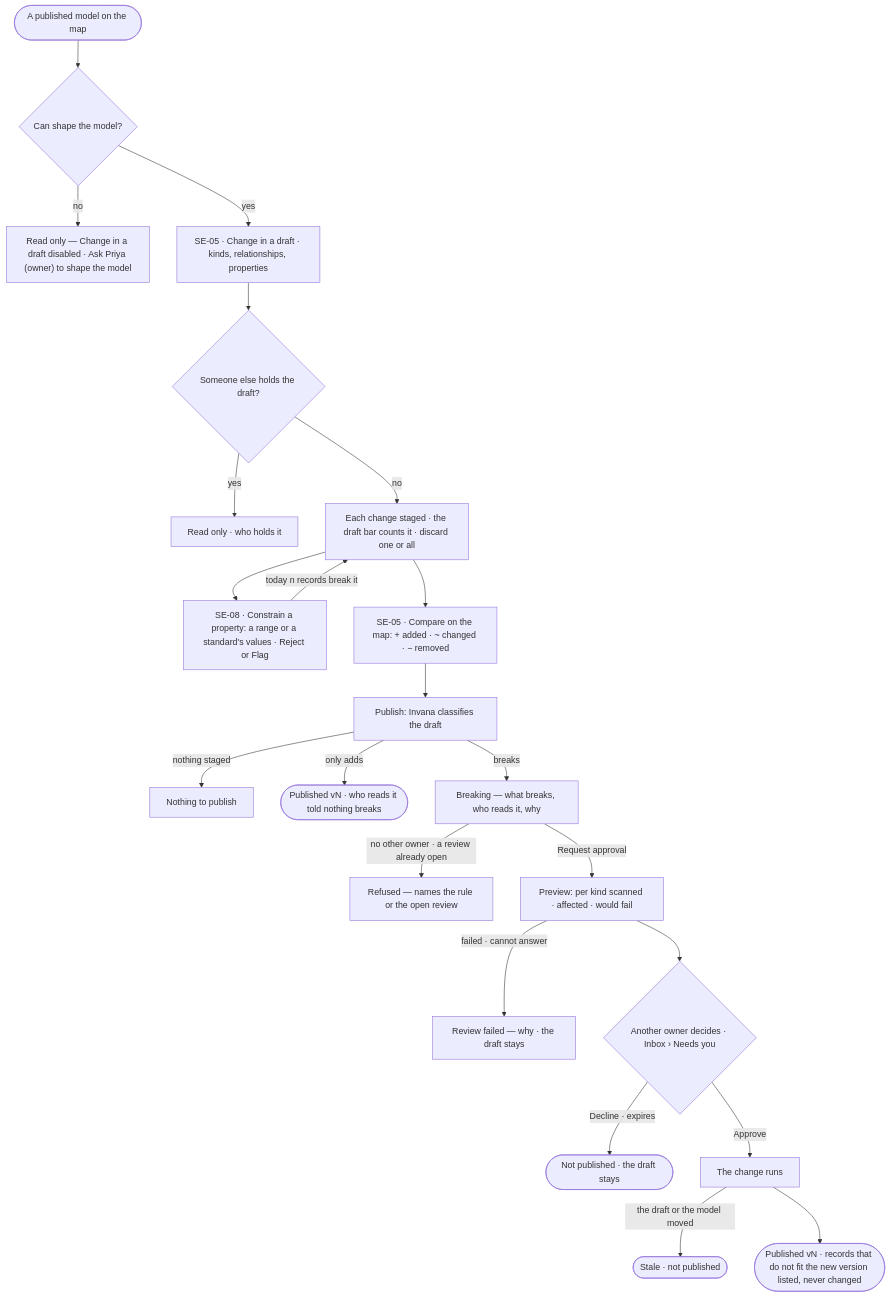
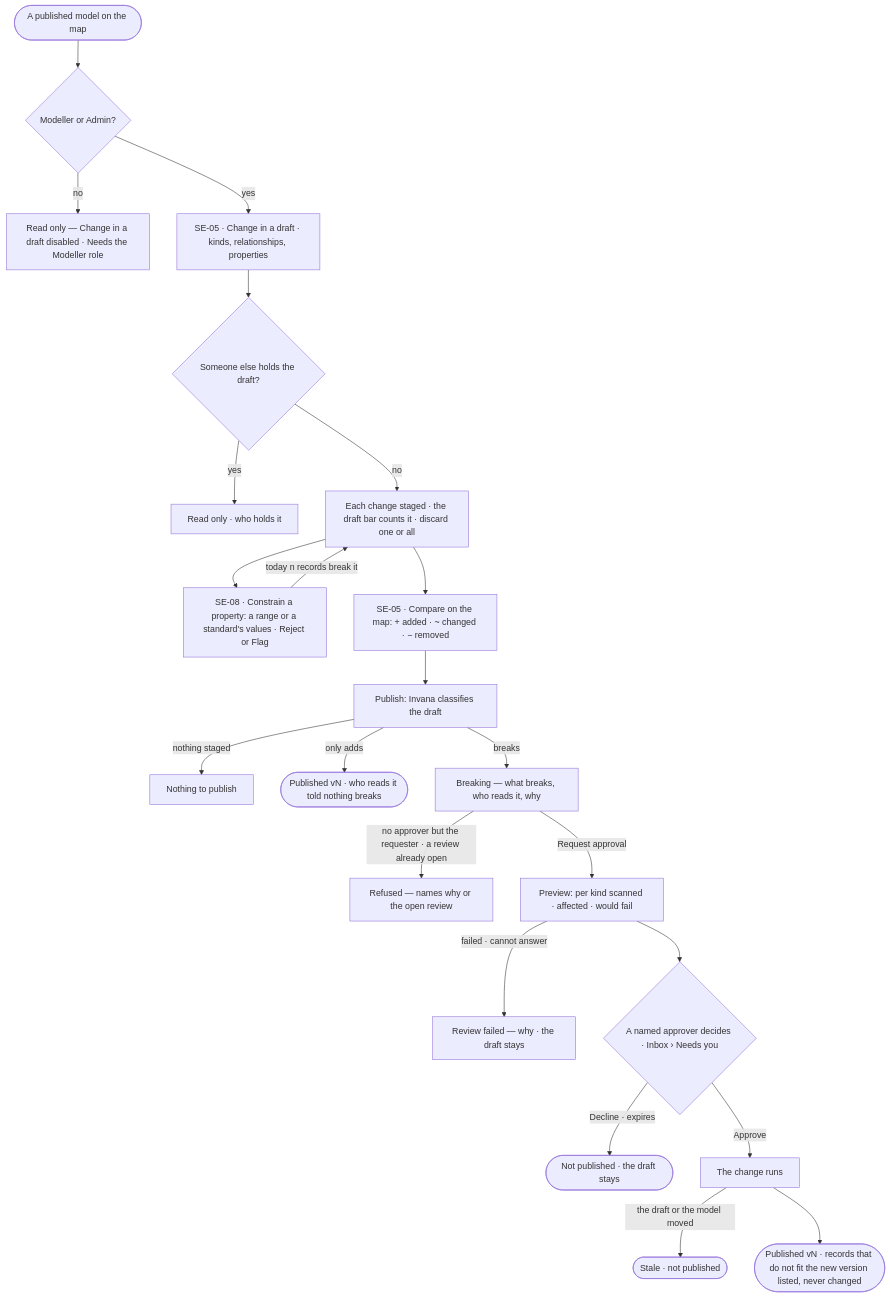
The first of 2 diagrams in specs/capabilities/semantics/features/SE-F02-change-and-publish-a-model/feature.md (invana/invana), drawn with Mermaid before and after one commit. The commit also changed other lines of this file and 522 other files, not shown here.

````diff
--- a/specs/capabilities/semantics/features/SE-F02-change-and-publish-a-model/feature.md
+++ b/specs/capabilities/semantics/features/SE-F02-change-and-publish-a-model/feature.md
@@ -25,24 +25,24 @@
 ```mermaid
 flowchart TD
-  start([A published model on the map]) --> may{Can shape the model?}
-  may -->|no| ro["Read only — Change in a draft disabled · Ask Priya (owner) to shape the model"]
+  start([A published model on the map]) --> may{Modeller or Admin?}
+  may -->|no| ro["Read only — Change in a draft disabled · Needs the Modeller role"]
   may -->|yes| d["SE-05 · Change in a draft · kinds, relationships, properties"]
   d --> held{Someone else holds the draft?}
   held -->|yes| hro["Read only · who holds it"]
   held -->|no| ch["Each change staged · the draft bar counts it · discard one or all"]
   ch --> c["SE-08 · Constrain a property: a range or a standard's values · Reject or Flag"]
   c -->|today n records break it| ch
   ch --> cmp["SE-05 · Compare on the map: + added · ~ changed · − removed"]
   cmp --> p["Publish: Invana classifies the draft"]
   p -->|nothing staged| none["Nothing to publish"]
   p -->|only adds| pub(["Published vN · who reads it told nothing breaks"])
   p -->|breaks| br["Breaking — what breaks, who reads it, why"]
-  br -->|no other owner · a review already open| ref["Refused — names the rule or the open review"]
+  br -->|no approver but the requester · a review already open| ref["Refused — names why or the open review"]
   br -->|Request approval| prev["Preview: per kind scanned · affected · would fail"]
   prev -->|failed · cannot answer| pf["Review failed — why · the draft stays"]
-  prev --> ap{Another owner decides · Inbox › Needs you}
+  prev --> ap{A named approver decides · Inbox › Needs you}
   ap -->|Decline · expires| no(["Not published · the draft stays"])
   ap -->|Approve| mig["The change runs"]
   mig -->|the draft or the model moved| stale(["Stale · not published"])
   mig --> done(["Published vN · records that do not fit the new version listed, never changed"])
 ```
````
